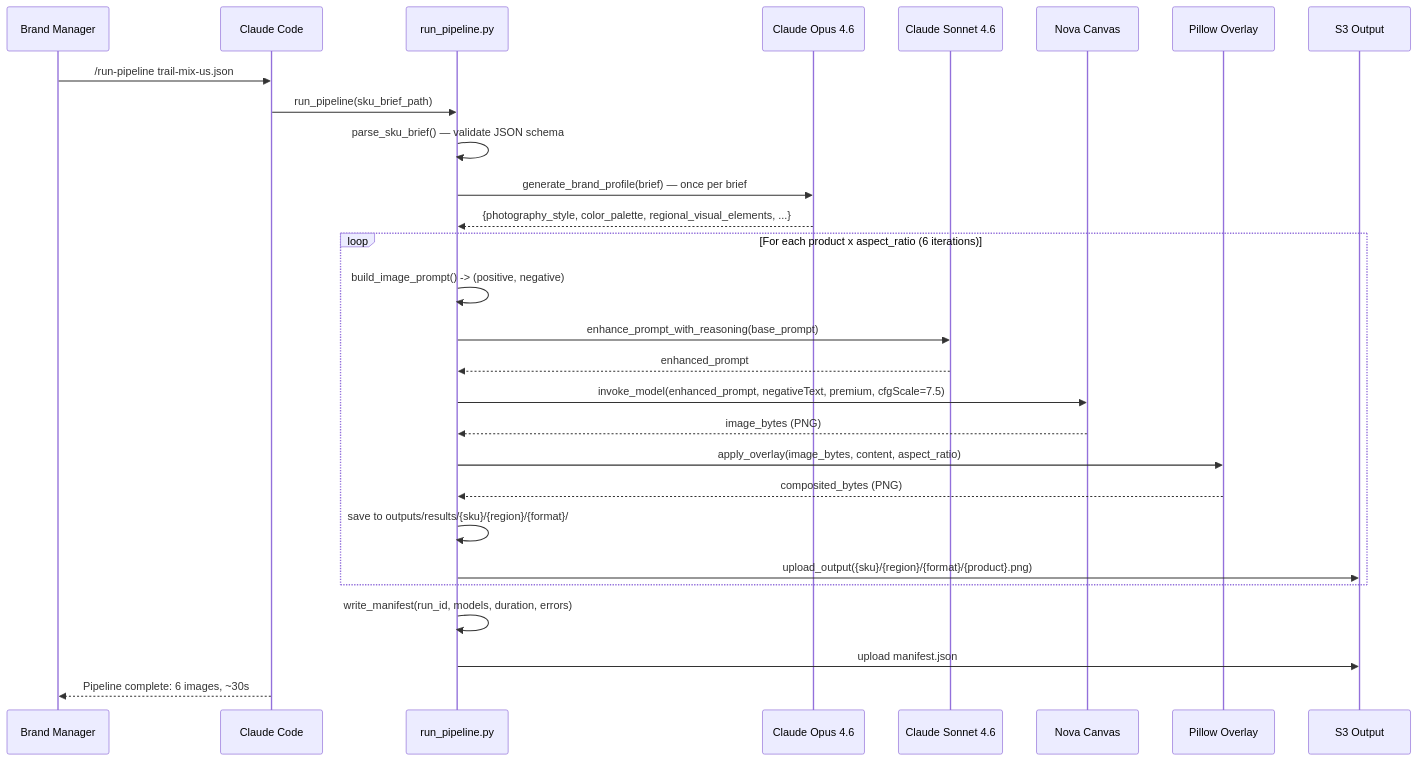
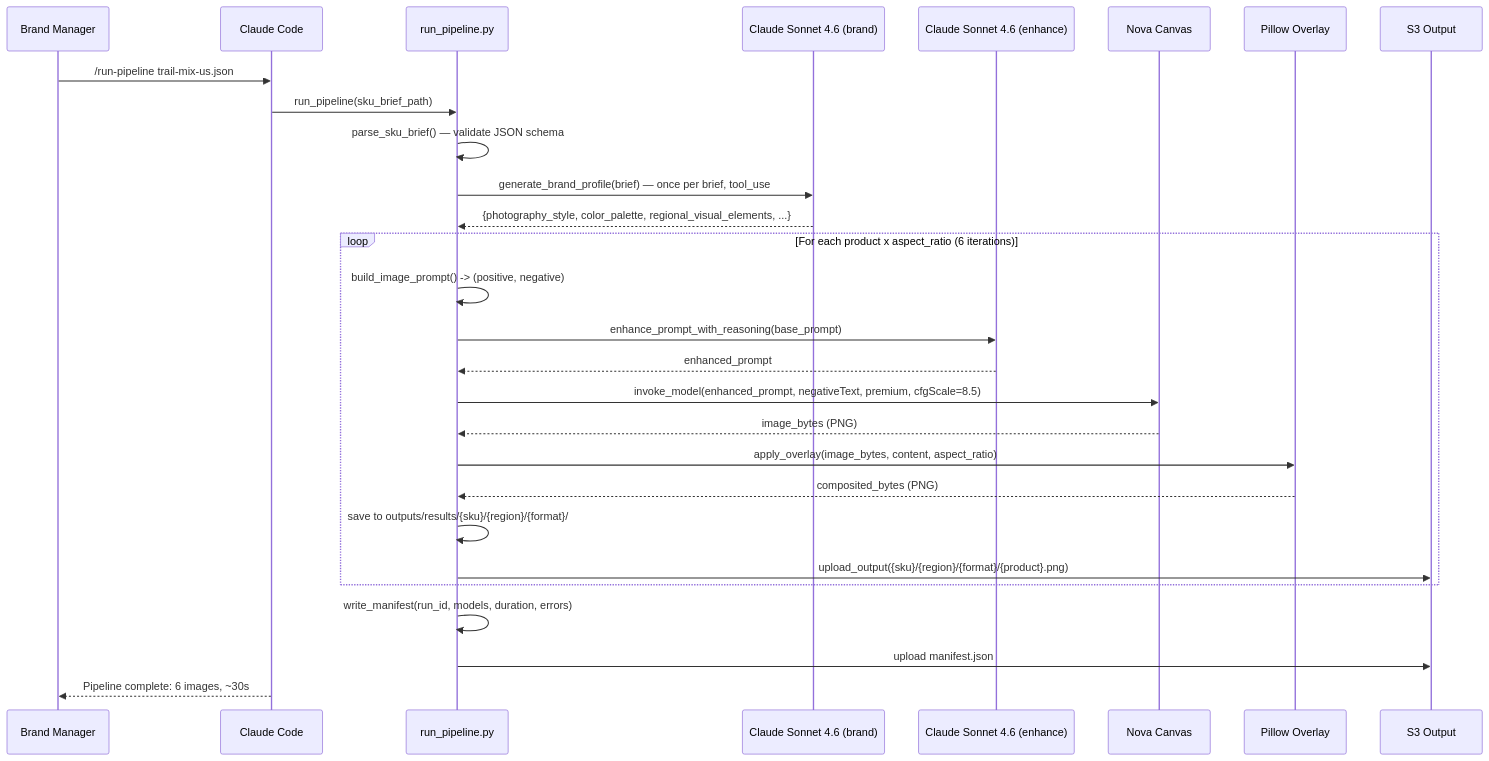
The second of 2 diagrams in docs/solution-architecture.md (praeducer/pai-take-home-exercise), drawn with Mermaid before and after one commit. The commit also changed other lines of this file and 38 other files, not shown here.

````diff
--- a/docs/solution-architecture.md
+++ b/docs/solution-architecture.md
@@ -153,31 +153,31 @@
 ```mermaid
 sequenceDiagram
     participant User as Brand Manager
     participant CC as Claude Code
     participant Orch as run_pipeline.py
-    participant Opus as Claude Opus 4.6
-    participant Sonnet as Claude Sonnet 4.6
+    participant Sonnet4b as Claude Sonnet 4.6 (brand)
+    participant Sonnet as Claude Sonnet 4.6 (enhance)
     participant NC as Nova Canvas
     participant Pillow as Pillow Overlay
     participant S3 as S3 Output
 
     User->>CC: /run-pipeline trail-mix-us.json
     CC->>Orch: run_pipeline(sku_brief_path)
     Orch->>Orch: parse_sku_brief() — validate JSON schema
-    Orch->>Opus: generate_brand_profile(brief) — once per brief
-    Opus-->>Orch: {photography_style, color_palette, regional_visual_elements, ...}
+    Orch->>Sonnet4b: generate_brand_profile(brief) — once per brief, tool_use
+    Sonnet4b-->>Orch: {photography_style, color_palette, regional_visual_elements, ...}
     loop For each product x aspect_ratio (6 iterations)
         Orch->>Orch: build_image_prompt() -> (positive, negative)
         Orch->>Sonnet: enhance_prompt_with_reasoning(base_prompt)
         Sonnet-->>Orch: enhanced_prompt
-        Orch->>NC: invoke_model(enhanced_prompt, negativeText, premium, cfgScale=7.5)
+        Orch->>NC: invoke_model(enhanced_prompt, negativeText, premium, cfgScale=8.5)
         NC-->>Orch: image_bytes (PNG)
         Orch->>Pillow: apply_overlay(image_bytes, content, aspect_ratio)
         Pillow-->>Orch: composited_bytes (PNG)
         Orch->>Orch: save to outputs/results/{sku}/{region}/{format}/
         Orch->>S3: upload_output({sku}/{region}/{format}/{product}.png)
     end
     Orch->>Orch: write_manifest(run_id, models, duration, errors)
     Orch->>S3: upload manifest.json
     CC-->>User: Pipeline complete: 6 images, ~30s
 ```
````
